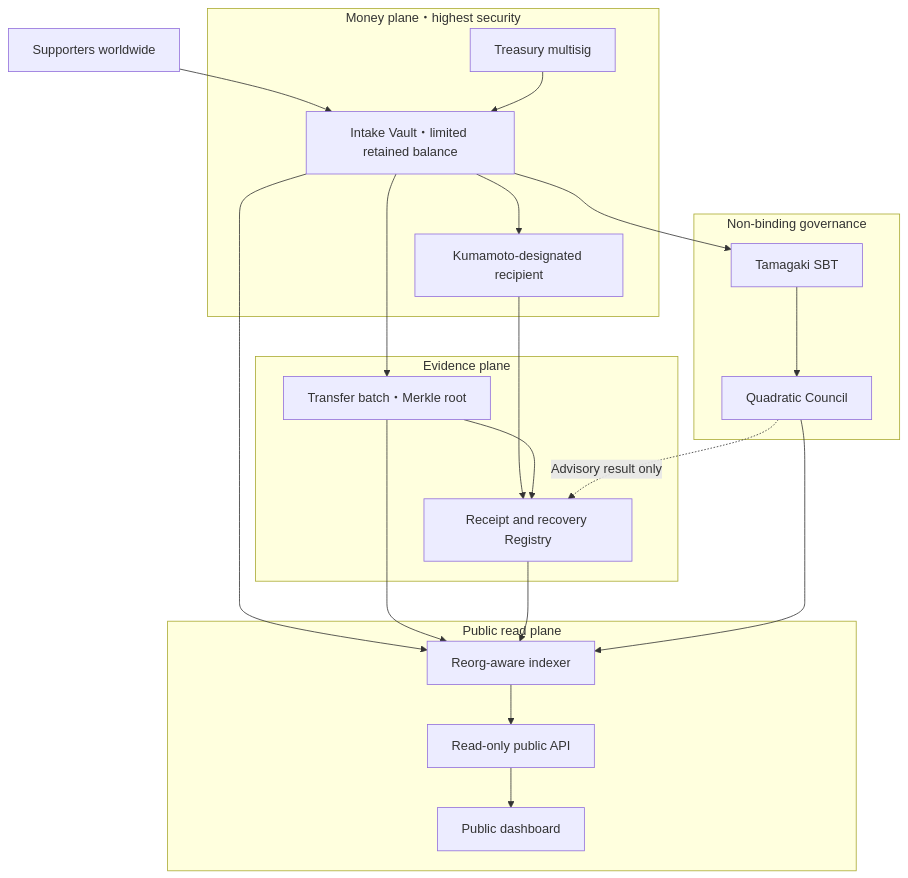
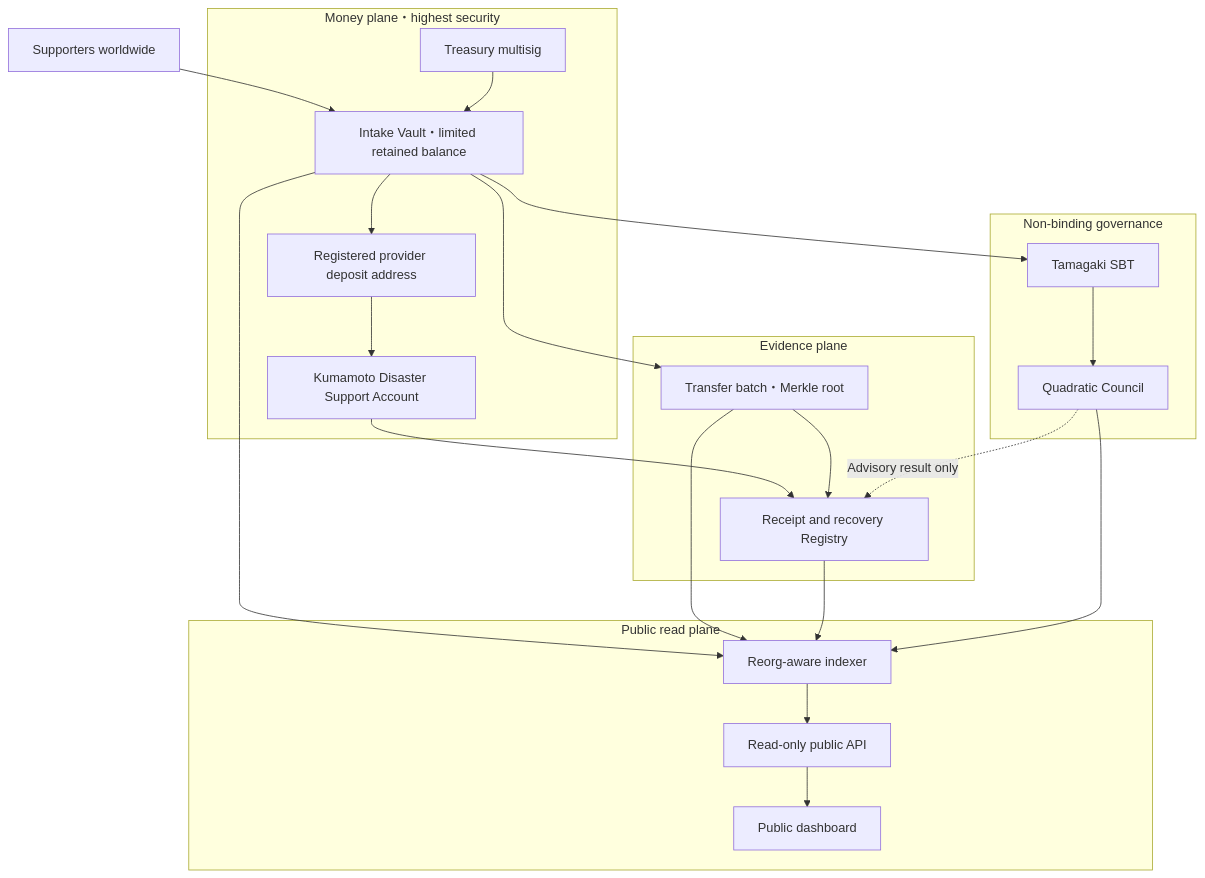
One commit to ShigeichiroYamasaki/yui-no-kaki-kumamoto changed the third of 3 diagrams in docs/en/architecture.md. Above: the diagram before and after it, drawn with Mermaid. The commit also changed other lines of this file and 44 other files, not shown here.

````diff
--- a/docs/en/architecture.md
+++ b/docs/en/architecture.md
@@ -48,37 +80,39 @@
 ```mermaid
 flowchart TB
   U["Supporters worldwide"]
   subgraph M["Money plane・highest security"]
     V["Intake Vault・limited retained balance"]
     MS["Treasury multisig"]
-    K["Kumamoto-designated recipient"]
+    X["Registered provider deposit address"]
+    K["Kumamoto Disaster Support Account"]
   end
   subgraph E["Evidence plane"]
     B["Transfer batch・Merkle root"]
     A["Receipt and recovery Registry"]
   end
   subgraph G["Non-binding governance"]
     T["Tamagaki SBT"]
     C["Quadratic Council"]
   end
   subgraph R["Public read plane"]
     I["Reorg-aware indexer"]
     API["Read-only public API"]
     D["Public dashboard"]
   end
   U --> V
   MS --> V
-  V --> K
+  V --> X
+  X --> K
   V --> B
   K --> A
   B --> A
   V --> T
   T --> C
   C -. "Advisory result only" .-> A
   V --> I
   B --> I
   A --> I
   C --> I
   I --> API
   API --> D
 ```
````
